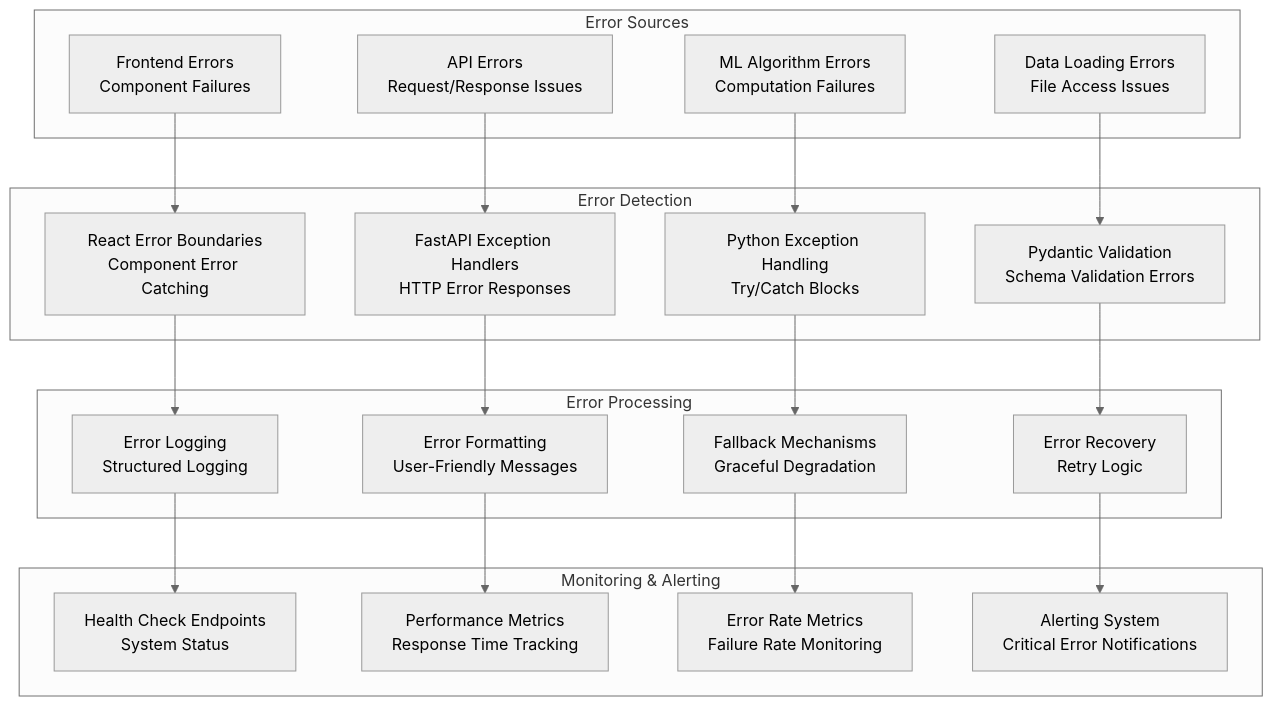
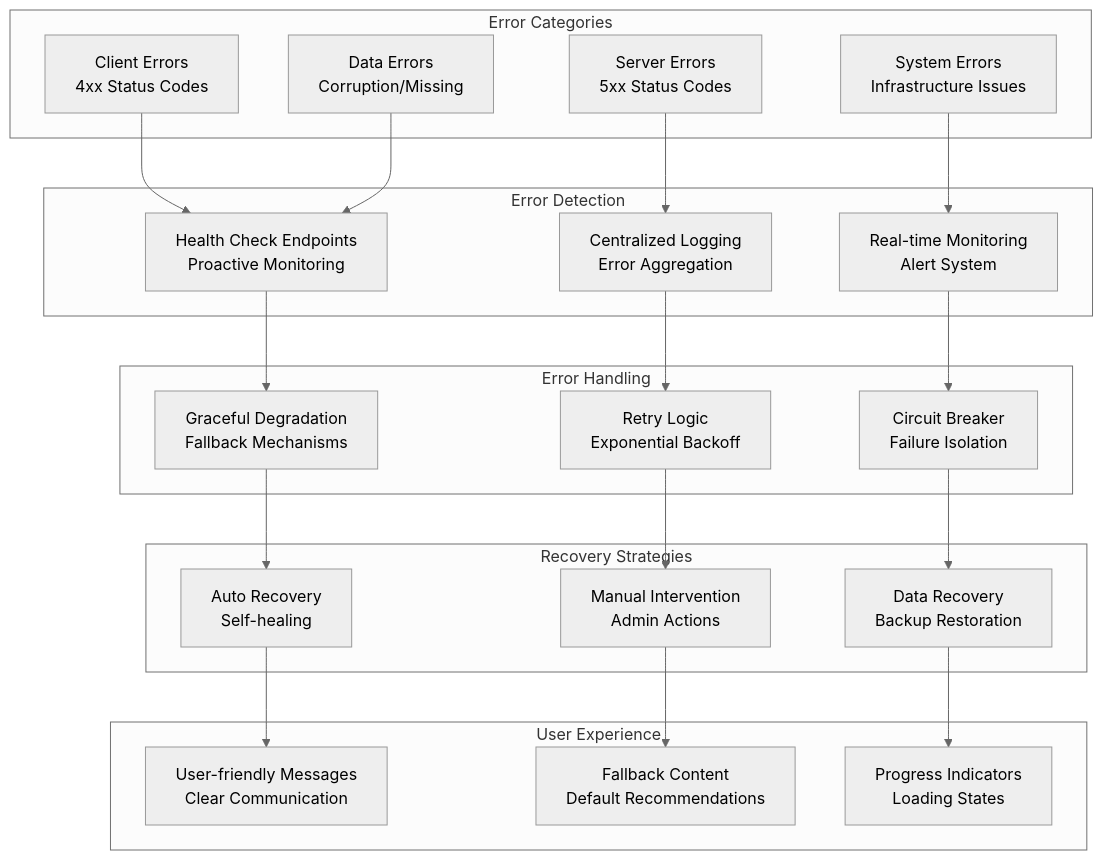
One commit to raiigauravv/Smart-News-Recommendation-System changed the ninth of 9 diagrams in SYSTEM_DIAGRAMS.md. Above: the diagram before and after it, drawn with Mermaid (neutral theme). The commit also changed other lines of this file, not shown here.

First line of the commit message:
fix: Complete rewrite of SYSTEM_DIAGRAMS.md with clean Mermaid syntax

````diff
--- a/SYSTEM_DIAGRAMS.md
+++ b/SYSTEM_DIAGRAMS.md
@@ -1228,45 +481,50 @@
 ```mermaid
-graph TB
-    subgraph "Error Sources"
-        FrontendErrors[Frontend Errors<br/>Component Failures]
-        APIErrors[API Errors<br/>Request/Response Issues]
-        MLErrors[ML Algorithm Errors<br/>Computation Failures]
-        DataErrors[Data Loading Errors<br/>File Access Issues]
+flowchart TB
+    subgraph ErrorTypes["Error Categories"]
+        ClientErrors["Client Errors<br/>4xx Status Codes"]
+        ServerErrors["Server Errors<br/>5xx Status Codes"]
+        SystemErrors["System Errors<br/>Infrastructure Issues"]
+        DataErrors["Data Errors<br/>Corruption/Missing"]
     end
     
-    subgraph "Error Detection"
-        ErrorBoundaries[React Error Boundaries<br/>Component Error Catching]
-        FastAPIExceptions[FastAPI Exception Handlers<br/>HTTP Error Responses]
-        PythonExceptions[Python Exception Handling<br/>Try/Catch Blocks]
-        ValidationErrors[Pydantic Validation<br/>Schema Validation Errors]
+    subgraph Detection["Error Detection"]
+        HealthChecks["Health Check Endpoints<br/>Proactive Monitoring"]
+        LoggingSystem["Centralized Logging<br/>Error Aggregation"]
+        Monitoring["Real-time Monitoring<br/>Alert System"]
     end
     
-    subgraph "Error Processing"
-        ErrorLogging[Error Logging<br/>Structured Logging]
-        ErrorFormatting[Error Formatting<br/>User-Friendly Messages]
-        FallbackMechanisms[Fallback Mechanisms<br/>Graceful Degradation]
-        ErrorRecovery[Error Recovery<br/>Retry Logic]
+    subgraph Handling["Error Handling"]
+        GracefulDegradation["Graceful Degradation<br/>Fallback Mechanisms"]
+        RetryLogic["Retry Logic<br/>Exponential Backoff"]
+        CircuitBreaker["Circuit Breaker<br/>Failure Isolation"]
     end
     
-    subgraph "Monitoring & Alerting"
-        HealthChecks[Health Check Endpoints<br/>System Status]
-        PerformanceMetrics[Performance Metrics<br/>Response Time Tracking]
-        ErrorMetrics[Error Rate Metrics<br/>Failure Rate Monitoring]
-        AlertingSystem[Alerting System<br/>Critical Error Notifications]
+    subgraph Recovery["Recovery Strategies"]
+        AutoRecovery["Auto Recovery<br/>Self-healing"]
+        ManualIntervention["Manual Intervention<br/>Admin Actions"]
+        DataRecovery["Data Recovery<br/>Backup Restoration"]
     end
     
-    FrontendErrors --> ErrorBoundaries
-    APIErrors --> FastAPIExceptions
-    MLErrors --> PythonExceptions
-    DataErrors --> ValidationErrors
+    subgraph UserExperience["User Experience"]
+        ErrorMessages["User-friendly Messages<br/>Clear Communication"]
+        FallbackContent["Fallback Content<br/>Default Recommendations"]
+        ProgressIndicators["Progress Indicators<br/>Loading States"]
+    end
     
-    ErrorBoundaries --> ErrorLogging
-    FastAPIExceptions --> ErrorFormatting
-    PythonExceptions --> FallbackMechanisms
-    ValidationErrors --> ErrorRecovery
+    ClientErrors --> HealthChecks
+    ServerErrors --> LoggingSystem
+    SystemErrors --> Monitoring
+    DataErrors --> HealthChecks
     
-    ErrorLogging --> HealthChecks
-    ErrorFormatting --> PerformanceMetrics
-    FallbackMechanisms --> ErrorMetrics
-    ErrorRecovery --> AlertingSystem
+    HealthChecks --> GracefulDegradation
+    LoggingSystem --> RetryLogic
+    Monitoring --> CircuitBreaker
+    
+    GracefulDegradation --> AutoRecovery
+    RetryLogic --> ManualIntervention
+    CircuitBreaker --> DataRecovery
+    
+    AutoRecovery --> ErrorMessages
+    ManualIntervention --> FallbackContent
+    DataRecovery --> ProgressIndicators
 ```
````
